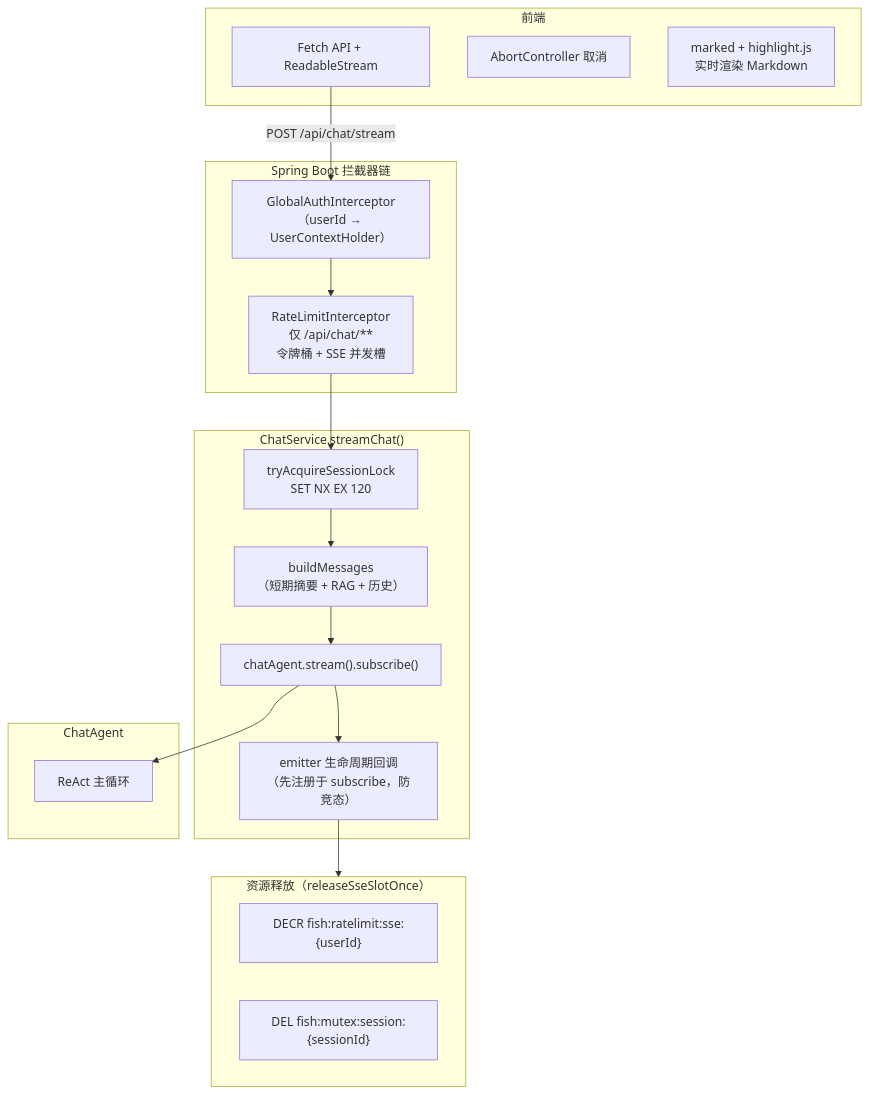
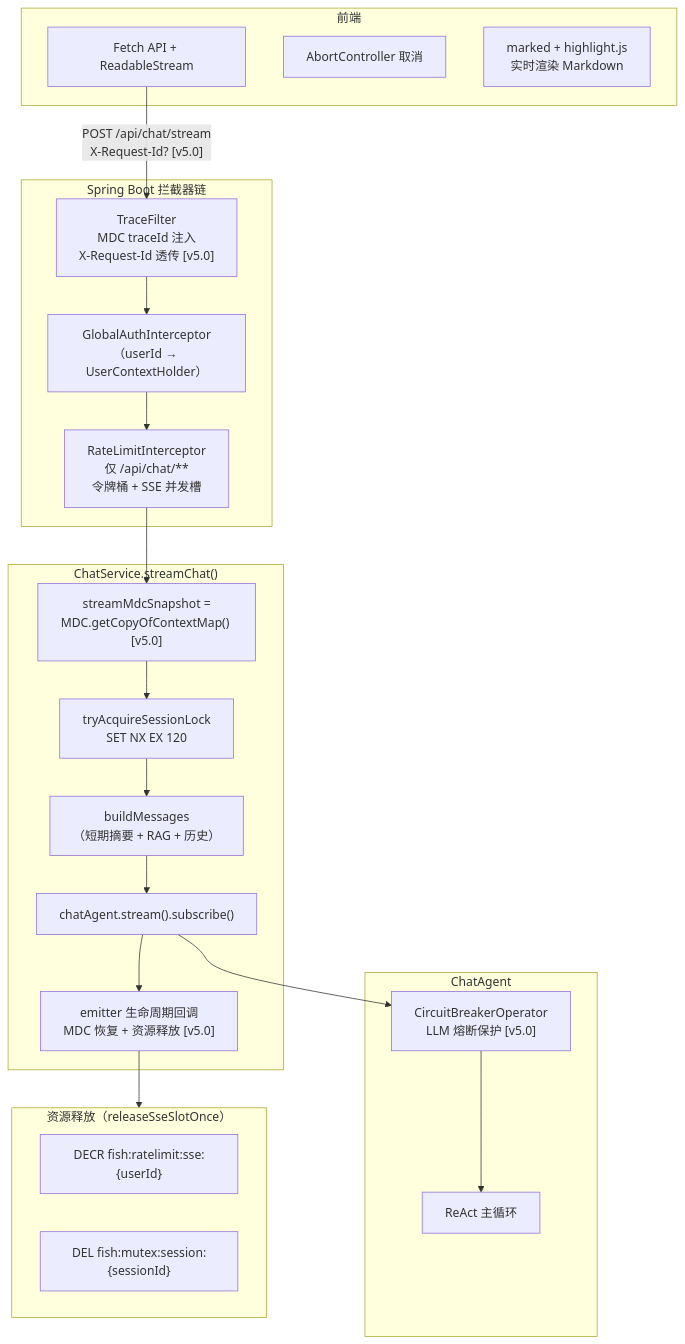
Before and after one commit to Yuyu123fish/Fish-Agent: the first of 3 diagrams in document/模块要点/模块4-流式对话与并发控制.md, drawn with Mermaid. The commit also changed other lines of this file and 15270 other files, not shown here.

````diff
--- a/document/模块要点/模块4-流式对话与并发控制.md
+++ b/document/模块要点/模块4-流式对话与并发控制.md
@@ -11,34 +11,37 @@
 ```mermaid
 flowchart TB
     subgraph Frontend["前端"]
         Fetch["Fetch API + ReadableStream"]
         Abort["AbortController 取消"]
         Render["marked + highlight.js<br/>实时渲染 Markdown"]
     end
 
     subgraph Interceptors["Spring Boot 拦截器链"]
+        Trace["TraceFilter<br/>MDC traceId 注入<br/>X-Request-Id 透传 [v5.0]"]
         Auth["GlobalAuthInterceptor<br/>（userId → UserContextHolder）"]
         RateLim["RateLimitInterceptor<br/>仅 /api/chat/**<br/>令牌桶 + SSE 并发槽"]
     end
 
     subgraph Service["ChatService.streamChat()"]
+        MDCSnap["streamMdcSnapshot =<br/>MDC.getCopyOfContextMap() [v5.0]"]
         Lock["tryAcquireSessionLock<br/>SET NX EX 120"]
         Build["buildMessages<br/>（短期摘要 + RAG + 历史）"]
         Subscribe["chatAgent.stream().subscribe()"]
-        EmitCallbacks["emitter 生命周期回调<br/>（先注册于 subscribe，防竞态）"]
+        EmitCallbacks["emitter 生命周期回调<br/>MDC 恢复 + 资源释放 [v5.0]"]
     end
 
     subgraph Agent["ChatAgent"]
+        CB["CircuitBreakerOperator<br/>LLM 熔断保护 [v5.0]"]
         ReAct["ReAct 主循环"]
     end
 
     subgraph Release["资源释放（releaseSseSlotOnce）"]
         SSE_DECR["DECR fish:ratelimit:sse:{userId}"]
         Lock_DEL["DEL fish:mutex:session:{sessionId}"]
     end
 
-    Fetch -->|"POST /api/chat/stream"| Auth --> RateLim --> Lock
-    Lock --> Build --> Subscribe --> ReAct
+    Fetch -->|"POST /api/chat/stream<br/>X-Request-Id? [v5.0]"| Trace --> Auth --> RateLim --> MDCSnap
+    MDCSnap --> Lock --> Build --> Subscribe --> CB --> ReAct
     Subscribe --> EmitCallbacks
     EmitCallbacks --> Release
 ```
````
